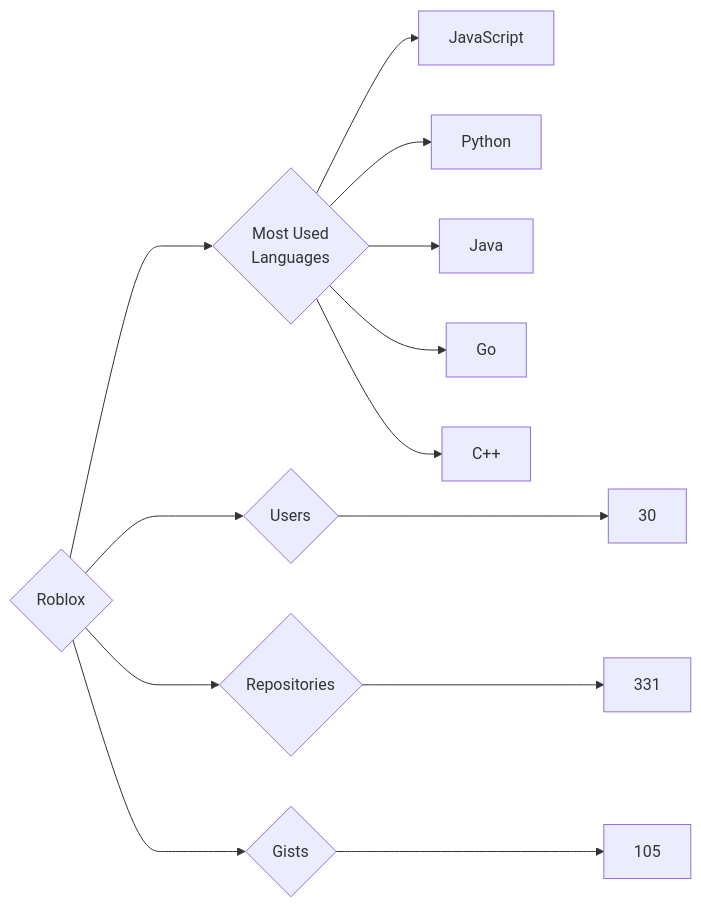
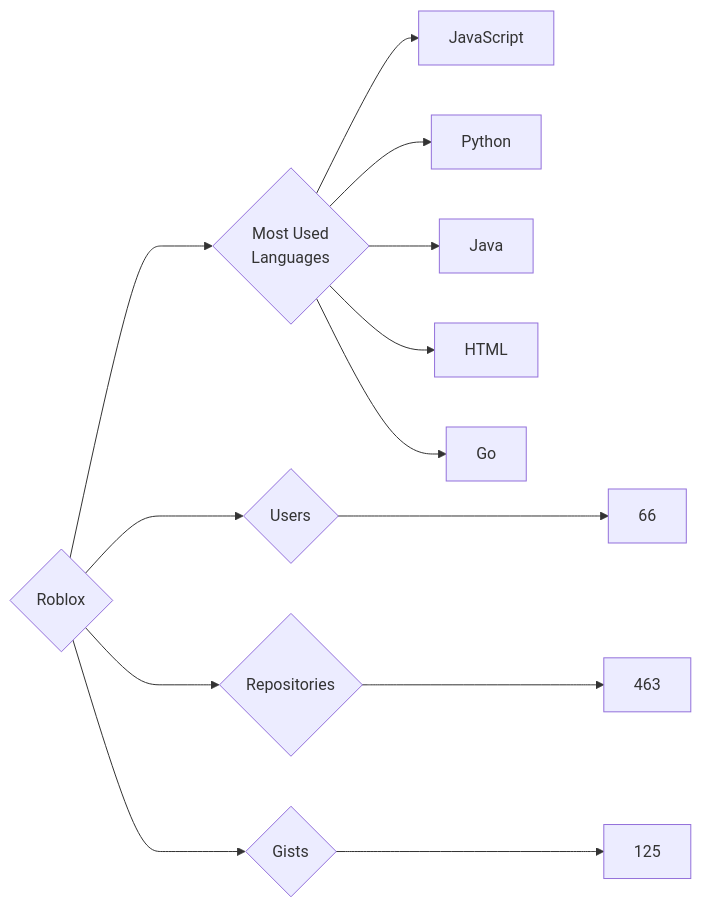
The diagram in targets/Roblox/README.md (trickest/insiders), drawn with Mermaid before and after one commit. The commit also changed 806 other files, not shown here.

````diff
--- a/targets/Roblox/README.md
+++ b/targets/Roblox/README.md
@@ -3,13 +3,13 @@
 ```mermaid
 graph LR
 COMPANY_NAME{Roblox}
-COMPANY_NAME ---> U{Users} ---> UN[30]
-COMPANY_NAME ---> R{Repositories} ---> RN[331]
-COMPANY_NAME ---> G{Gists} ---> GN[105]
+COMPANY_NAME ---> U{Users} ---> UN[66]
+COMPANY_NAME ---> R{Repositories} ---> RN[463]
+COMPANY_NAME ---> G{Gists} ---> GN[125]
 COMPANY_NAME ---> ML{Most Used<br>Languages}
 ML --> JavaScript[JavaScript]
 ML --> Python[Python]
 ML --> Java[Java]
+ML --> HTML[HTML]
 ML --> Go[Go]
-ML --> C++[C++]
 ```
````
